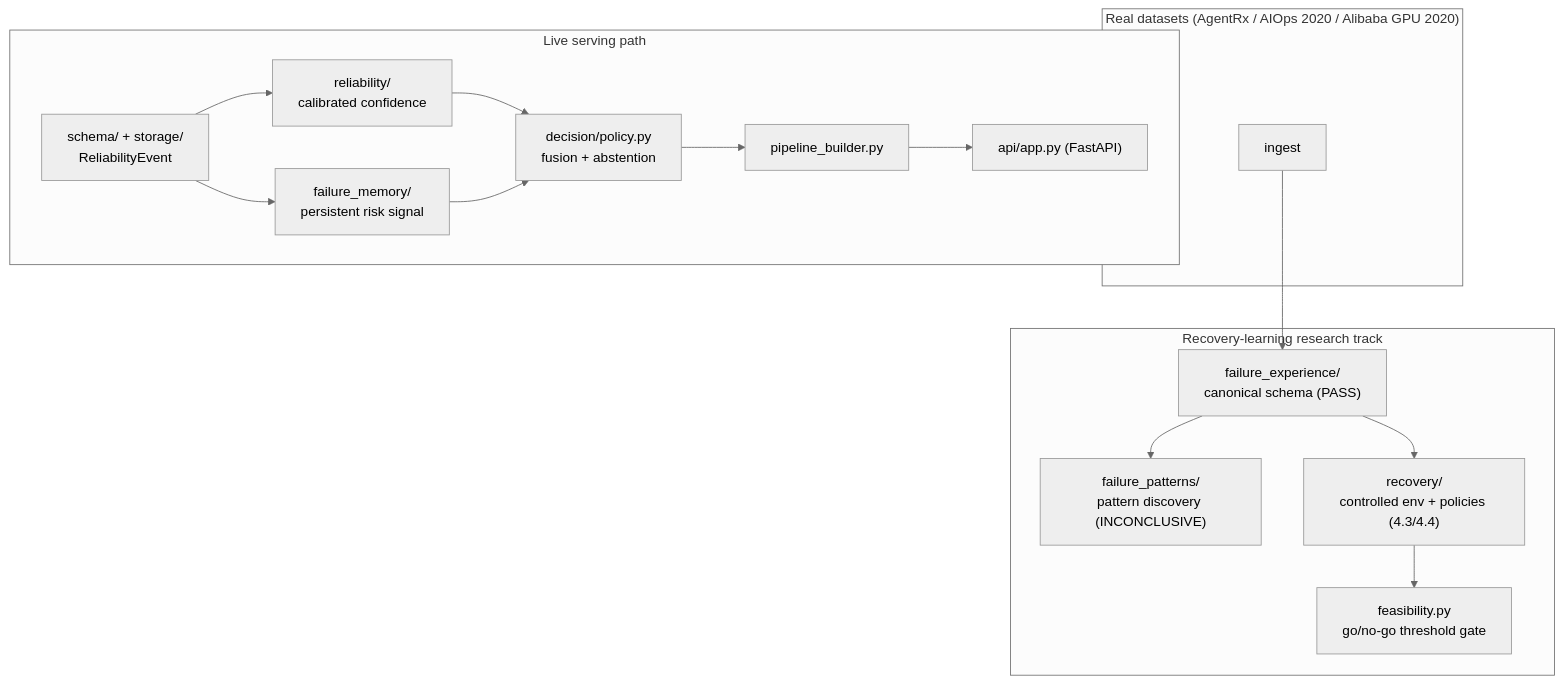
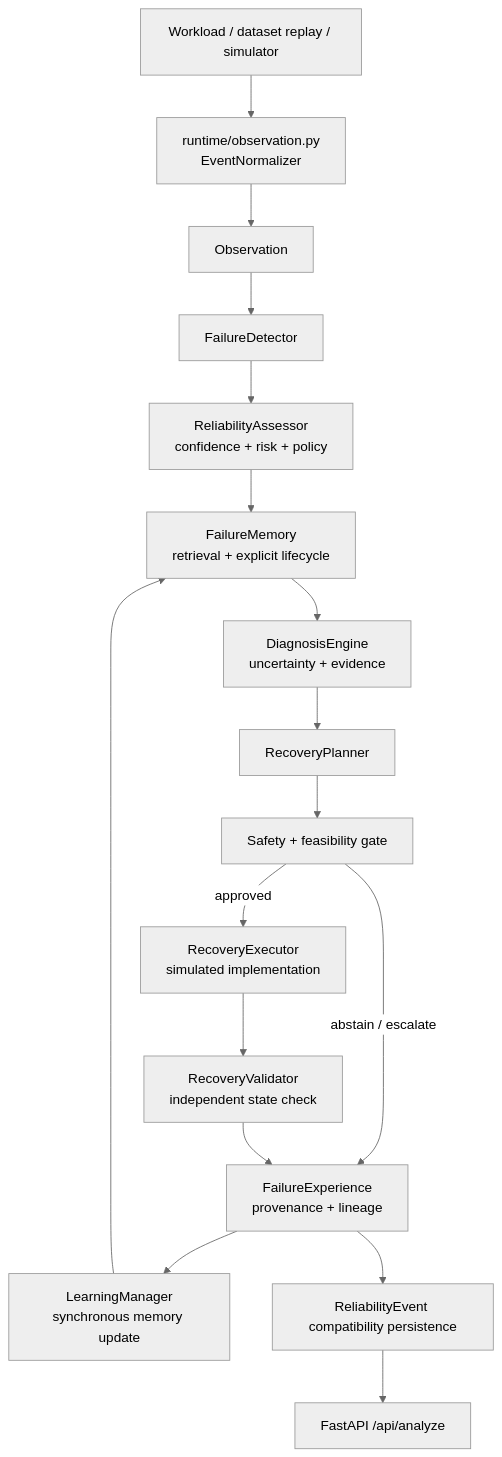
One commit to NaishaShetty/Autonomous-AI-Infrastructure- changed the diagram in README.md. Above: the diagram before and after it, drawn with Mermaid (neutral theme). The commit also changed other lines of this file and 30 other files, not shown here.

Commit message:
feat: complete autonomous runtime learning loop

````diff
--- a/README.md
+++ b/README.md
@@ -95,31 +88,19 @@
 ```mermaid
 flowchart TD
-    subgraph Real["Real datasets (AgentRx / AIOps 2020 / Alibaba GPU 2020)"]
-        RD["ingest"]
-    end
-
-    subgraph Serving["Live serving path"]
-        Storage["schema/ + storage/<br/>ReliabilityEvent"]
-        Reliability["reliability/<br/>calibrated confidence"]
-        FailureMemory["failure_memory/<br/>persistent risk signal"]
-        Decision["decision/policy.py<br/>fusion + abstention"]
-        Pipeline["pipeline_builder.py"]
-        API["api/app.py (FastAPI)"]
-    end
-
-    subgraph Research["Recovery-learning research track"]
-        FailureExp["failure_experience/<br/>canonical schema (PASS)"]
-        FailurePat["failure_patterns/<br/>pattern discovery (INCONCLUSIVE)"]
-        Recovery["recovery/<br/>controlled env + policies (4.3/4.4)"]
-        Feasibility["feasibility.py<br/>go/no-go threshold gate"]
-    end
-
-    RD --> FailureExp
-    FailureExp --> FailurePat
-    FailureExp --> Recovery
-    Recovery --> Feasibility
-
-    Storage --> Reliability --> Decision
-    Storage --> FailureMemory --> Decision
-    Decision --> Pipeline --> API
+    Source["Workload / dataset replay / simulator"] --> Normalize["runtime/observation.py<br/>EventNormalizer"]
+    Normalize --> Observe["Observation"]
+    Observe --> Detect["FailureDetector"]
+    Detect --> Assess["ReliabilityAssessor<br/>confidence + risk + policy"]
+    Assess --> Retrieve["FailureMemory<br/>retrieval + explicit lifecycle"]
+    Retrieve --> Diagnose["DiagnosisEngine<br/>uncertainty + evidence"]
+    Diagnose --> Plan["RecoveryPlanner"]
+    Plan --> Gate["Safety + feasibility gate"]
+    Gate -->|abstain / escalate| Store["FailureExperience<br/>provenance + lineage"]
+    Gate -->|approved| Execute["RecoveryExecutor<br/>simulated implementation"]
+    Execute --> Validate["RecoveryValidator<br/>independent state check"]
+    Validate --> Store
+    Store --> Learn["LearningManager<br/>synchronous memory update"]
+    Learn --> Retrieve
+    Store --> Compatibility["ReliabilityEvent compatibility persistence"]
+    Compatibility --> API["FastAPI /api/analyze"]
 ```
````
